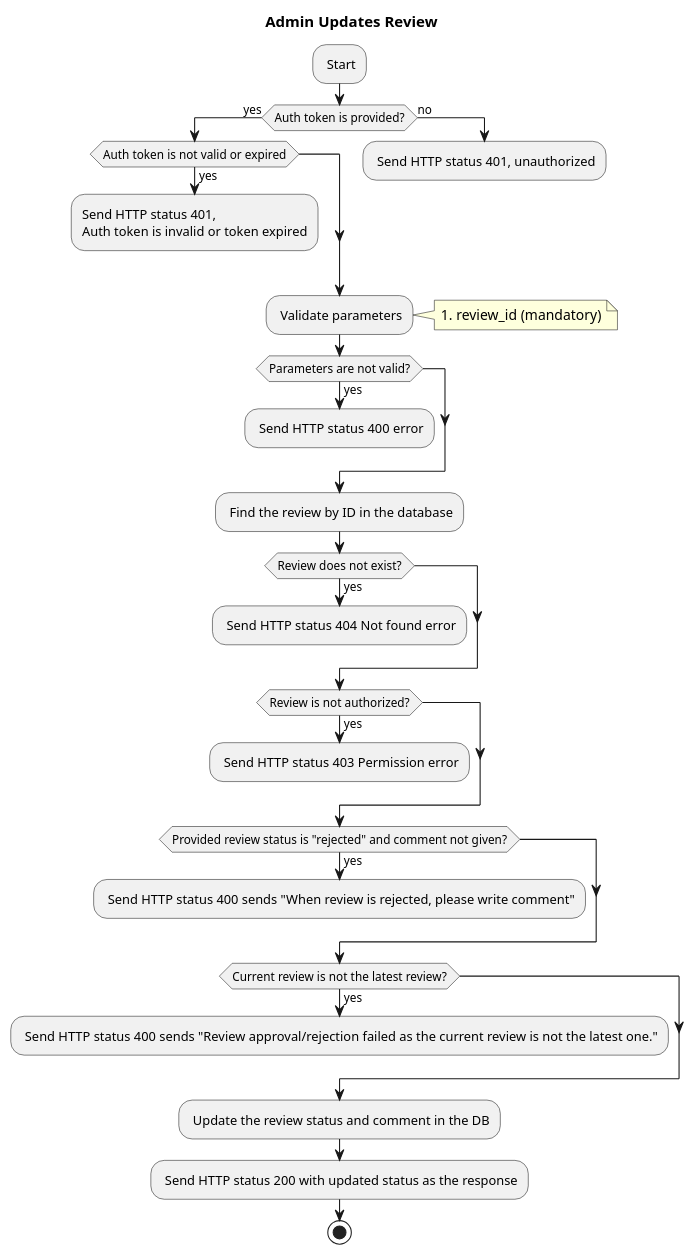
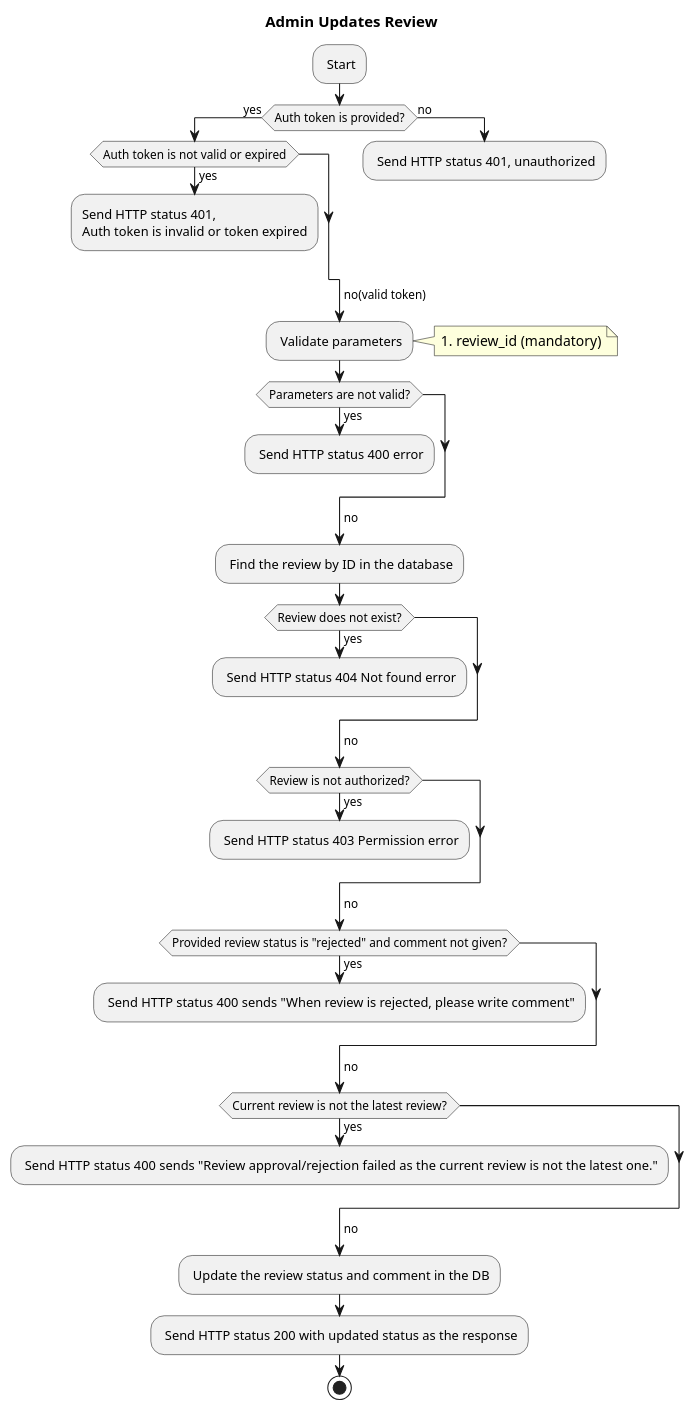
Before and after one commit to SonySemiconductorSolutions/aitrios-sample-tool-angle-adjustment: the diagram in docsrc/apidocs/api-workflow/api-admin/admin-approve-or-reject-review-by-id.puml, drawn with PlantUML. The commit also changed 264 other files, not shown here.

```diff
--- a/docsrc/apidocs/api-workflow/api-admin/admin-approve-or-reject-review-by-id.puml
+++ b/docsrc/apidocs/api-workflow/api-admin/admin-approve-or-reject-review-by-id.puml
@@ -1,43 +1,49 @@
 @startuml admin update review
 title Admin Updates Review
 
 : Start;
 if (Auth token is provided?) then (yes)
     if (Auth token is not valid or expired) then (yes)
         :Send HTTP status 401,
         Auth token is invalid or token expired;
         kill
     endif
 else (no)
     : Send HTTP status 401, unauthorized;
     kill
 endif
+->no(valid token);
 : Validate parameters;
 note right
     1. review_id (mandatory)
 end note
 if (Parameters are not valid?) then (yes)
     : Send HTTP status 400 error;
     kill
 endif
+->no;
 : Find the review by ID in the database;
 if (Review does not exist?) then (yes)
     : Send HTTP status 404 Not found error;
     kill
 endif
+->no;
 if (Review is not authorized?) then (yes)
     : Send HTTP status 403 Permission error;
     kill
 endif
+->no;
 if (Provided review status is "rejected" and comment not given?) then (yes)
     : Send HTTP status 400 sends "When review is rejected, please write comment";
     kill
 endif
+->no;
 if (Current review is not the latest review?) then (yes)
     : Send HTTP status 400 sends "Review approval/rejection failed as the current review is not the latest one.";
     kill
 endif
+->no;
 : Update the review status and comment in the DB;
 : Send HTTP status 200 with updated status as the response;
 stop
 @enduml
```
